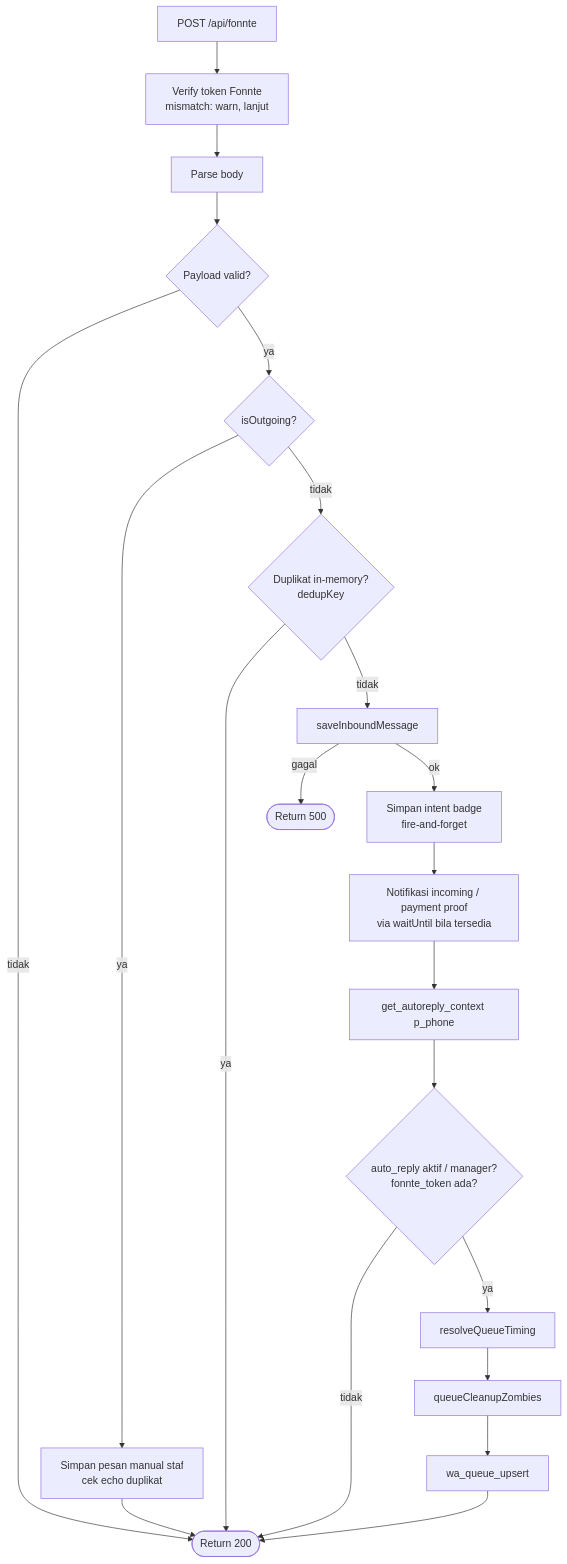
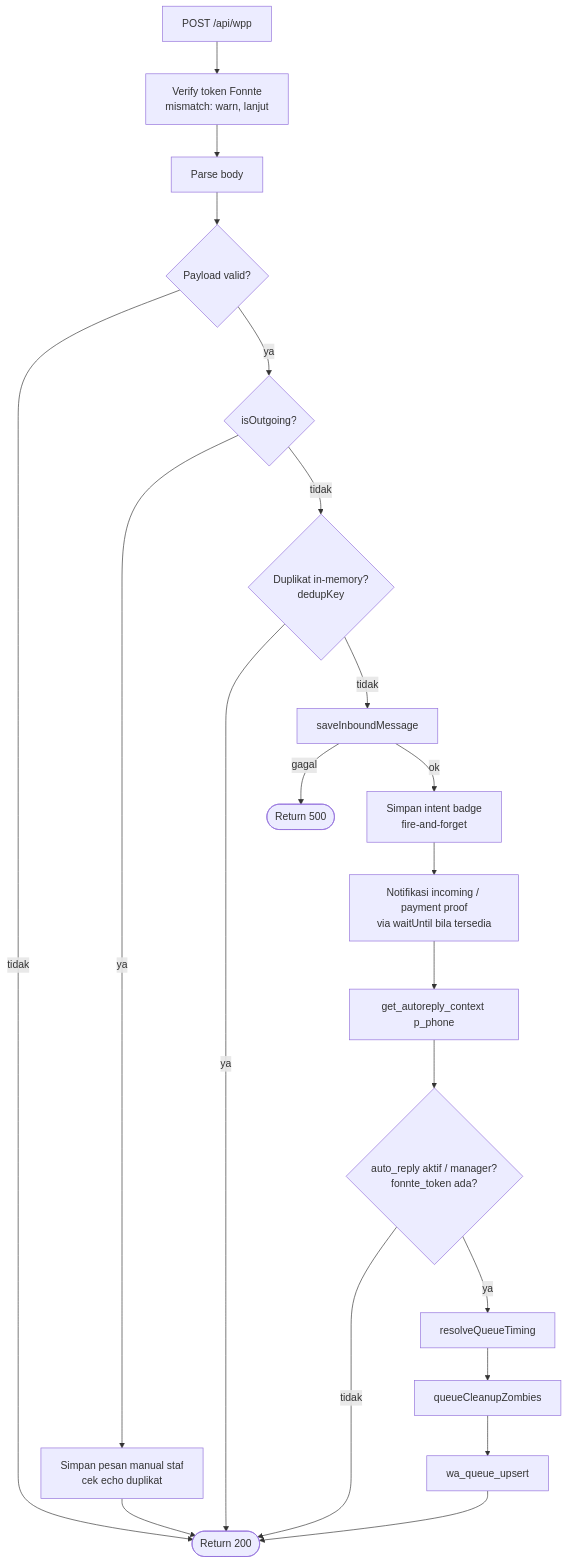
One commit to pomahguesthouse-cyber/new-pomah changed the first of 6 diagrams in docs/chatbot-flow.md. Above: the diagram before and after it, drawn with Mermaid. The commit also changed other lines of this file and 1 other file, not shown here.

````diff
--- a/docs/chatbot-flow.md
+++ b/docs/chatbot-flow.md
@@ -16,22 +16,22 @@
 ```mermaid
 flowchart TD
-    A[POST /api/fonnte] --> B[Verify token Fonnte<br/>mismatch: warn, lanjut]
+    A[POST /api/wpp] --> B[Verify token Fonnte<br/>mismatch: warn, lanjut]
     B --> C[Parse body]
     C --> D{Payload valid?}
     D -- tidak --> Z([Return 200])
     D -- ya --> E{isOutgoing?}
     E -- ya --> E1[Simpan pesan manual staf<br/>cek echo duplikat] --> Z
     E -- tidak --> F{Duplikat in-memory?<br/>dedupKey}
     F -- ya --> Z
     F -- tidak --> G[saveInboundMessage]
     G -- gagal --> ERR([Return 500])
     G -- ok --> H[Simpan intent badge<br/>fire-and-forget]
     H --> N[Notifikasi incoming / payment proof<br/>via waitUntil bila tersedia]
     N --> I[get_autoreply_context p_phone]
     I --> J{auto_reply aktif / manager?<br/>fonnte_token ada?}
     J -- tidak --> Z
     J -- ya --> K[resolveQueueTiming]
     K --> L[queueCleanupZombies]
     L --> M[wa_queue_upsert]
     M --> Z
 ```
````
